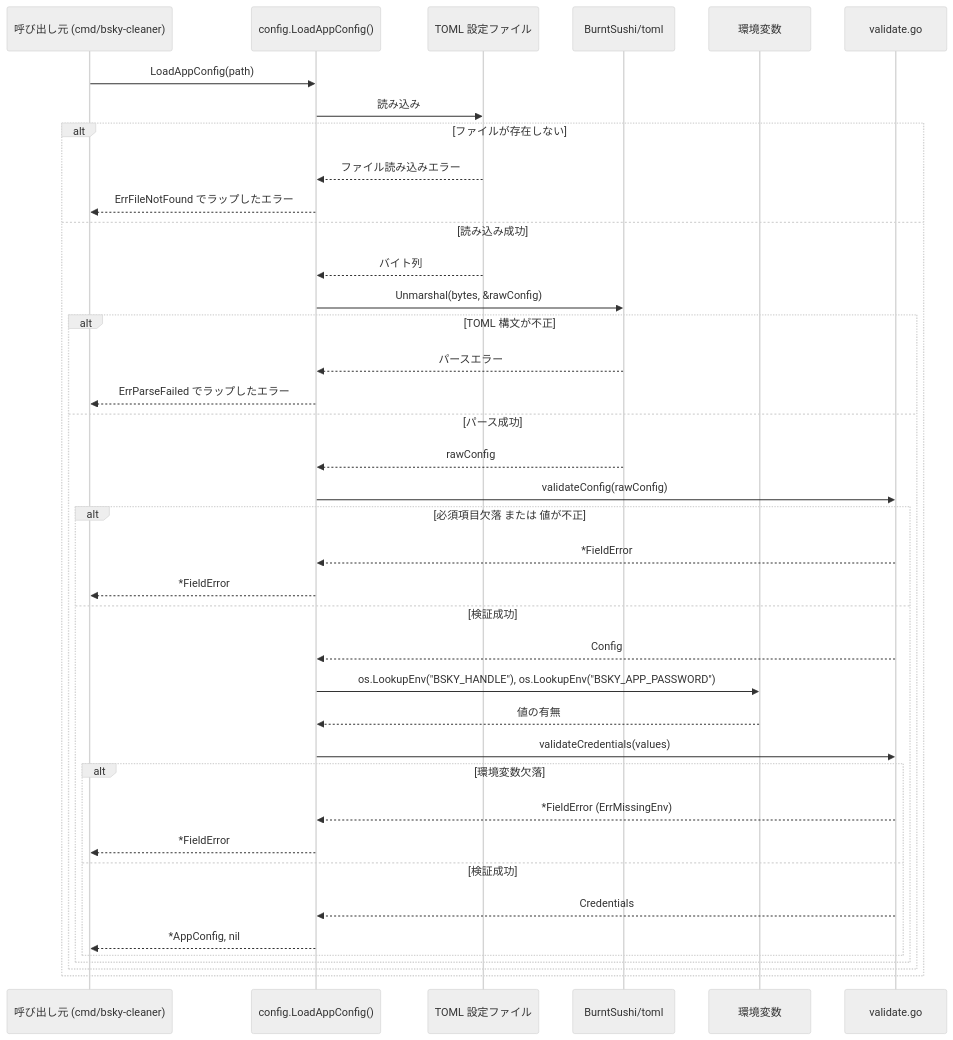
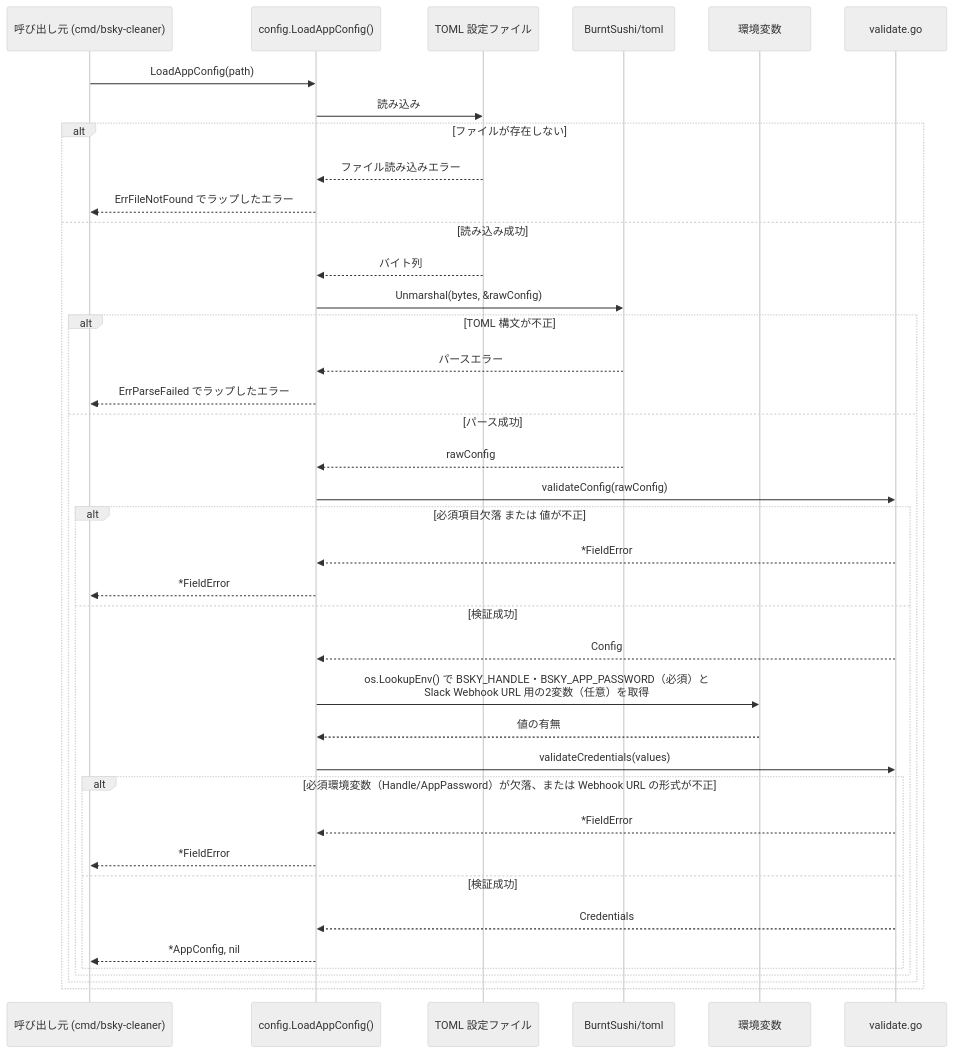
Before and after one commit to isseis/bsky-cleaner: the third of 5 diagrams in docs/tasks/0001_config/02_architecture.md, drawn with Mermaid (neutral theme). The commit also changed other lines of this file and 2 other files, not shown here.

First line of the commit message:
docs(0001): treat Slack Webhook URL as a secret, not a TOML value

````diff
--- a/docs/tasks/0001_config/02_architecture.md
+++ b/docs/tasks/0001_config/02_architecture.md
@@ -91,42 +91,42 @@
 ```mermaid
 sequenceDiagram
     participant M as 呼び出し元 (cmd/bsky-cleaner)
     participant L as config.LoadAppConfig()
     participant F as TOML 設定ファイル
     participant T as BurntSushi/toml
     participant E as 環境変数
     participant V as validate.go
 
     M->>L: LoadAppConfig(path)
     L->>F: 読み込み
     alt ファイルが存在しない
         F-->>L: ファイル読み込みエラー
         L-->>M: ErrFileNotFound でラップしたエラー
     else 読み込み成功
         F-->>L: バイト列
         L->>T: Unmarshal(bytes, &rawConfig)
         alt TOML 構文が不正
             T-->>L: パースエラー
             L-->>M: ErrParseFailed でラップしたエラー
         else パース成功
             T-->>L: rawConfig
             L->>V: validateConfig(rawConfig)
             alt 必須項目欠落 または 値が不正
                 V-->>L: *FieldError
                 L-->>M: *FieldError
             else 検証成功
                 V-->>L: Config
-                L->>E: os.LookupEnv("BSKY_HANDLE"), os.LookupEnv("BSKY_APP_PASSWORD")
+                L->>E: os.LookupEnv() で BSKY_HANDLE・BSKY_APP_PASSWORD（必須）と<br>Slack Webhook URL 用の2変数（任意）を取得
                 E-->>L: 値の有無
                 L->>V: validateCredentials(values)
-                alt 環境変数欠落
-                    V-->>L: *FieldError (ErrMissingEnv)
+                alt 必須環境変数（Handle/AppPassword）が欠落、または Webhook URL の形式が不正
+                    V-->>L: *FieldError
                     L-->>M: *FieldError
                 else 検証成功
                     V-->>L: Credentials
                     L-->>M: *AppConfig, nil
                 end
             end
         end
     end
 ```
````
